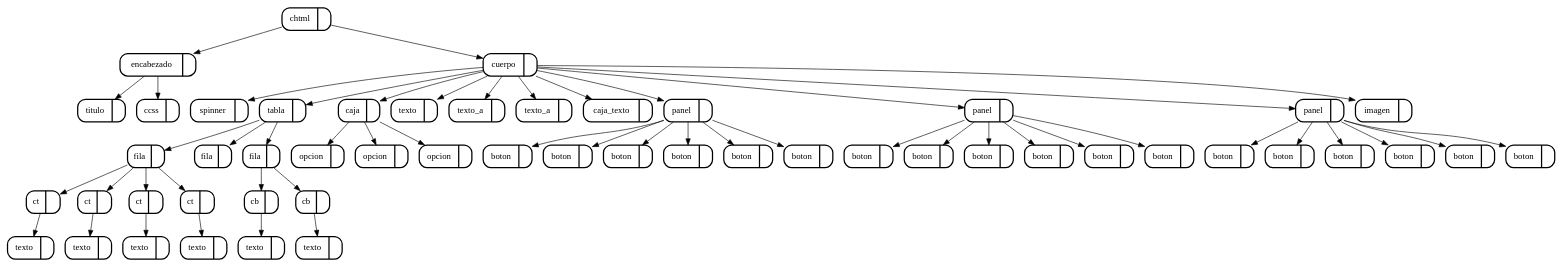
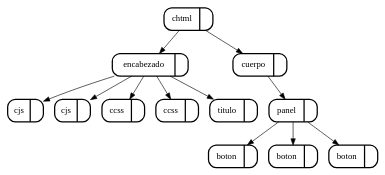
One commit to skrillfer/1s2018_CMP2P1 changed the diagram in USAC_WEB/Imagenes/arbol_dom.dot. Above: the diagram before and after it, drawn with Graphviz. The commit also changed 41 other files, not shown here.

```diff
--- a/USAC_WEB/Imagenes/arbol_dom.dot
+++ b/USAC_WEB/Imagenes/arbol_dom.dot
@@ -1,107 +1,27 @@
 digraph G {
 node[shape=Mrecord]
-137[label="chtml | ",style=bold]
-136[label="encabezado | ",style=bold]
-{137}->{136}
-2[label="titulo | ",style=bold]
-{136}->{2}
-6[label="ccss | ",style=bold]
-{136}->{6}
-134[label="cuerpo | ",style=bold]
-{137}->{134}
-10[label="spinner | ",style=bold]
-{134}->{10}
-28[label="tabla | ",style=bold]
-{134}->{28}
-27[label="fila | ",style=bold]
-{28}->{27}
-16[label="ct | ",style=bold]
-{27}->{16}
-15[label="texto | ",style=bold]
-{16}->{15}
-20[label="ct | ",style=bold]
-{27}->{20}
-19[label="texto | ",style=bold]
-{20}->{19}
-23[label="ct | ",style=bold]
-{27}->{23}
-22[label="texto | ",style=bold]
-{23}->{22}
-26[label="ct | ",style=bold]
-{27}->{26}
-25[label="texto | ",style=bold]
-{26}->{25}
-31[label="fila | ",style=bold]
-{28}->{31}
-40[label="fila | ",style=bold]
-{28}->{40}
-35[label="cb | ",style=bold]
-{40}->{35}
-34[label="texto | ",style=bold]
-{35}->{34}
-39[label="cb | ",style=bold]
-{40}->{39}
-38[label="texto | ",style=bold]
-{39}->{38}
-55[label="caja | ",style=bold]
-{134}->{55}
-47[label="opcion | ",style=bold]
-{55}->{47}
-51[label="opcion | ",style=bold]
-{55}->{51}
-54[label="opcion | ",style=bold]
-{55}->{54}
-60[label="texto | ",style=bold]
-{134}->{60}
-63[label="texto_a | ",style=bold]
-{134}->{63}
-66[label="texto_a | ",style=bold]
-{134}->{66}
-69[label="caja_texto | ",style=bold]
-{134}->{69}
-88[label="panel | ",style=bold]
-{134}->{88}
-76[label="boton | ",style=bold]
-{88}->{76}
-79[label="boton | ",style=bold]
-{88}->{79}
-81[label="boton | ",style=bold]
-{88}->{81}
-83[label="boton | ",style=bold]
-{88}->{83}
-85[label="boton | ",style=bold]
-{88}->{85}
-87[label="boton | ",style=bold]
-{88}->{87}
-107[label="panel | ",style=bold]
-{134}->{107}
-95[label="boton | ",style=bold]
-{107}->{95}
-98[label="boton | ",style=bold]
-{107}->{98}
-100[label="boton | ",style=bold]
-{107}->{100}
-102[label="boton | ",style=bold]
-{107}->{102}
-104[label="boton | ",style=bold]
-{107}->{104}
-106[label="boton | ",style=bold]
-{107}->{106}
-126[label="panel | ",style=bold]
-{134}->{126}
-114[label="boton | ",style=bold]
-{126}->{114}
-117[label="boton | ",style=bold]
-{126}->{117}
-119[label="boton | ",style=bold]
-{126}->{119}
-121[label="boton | ",style=bold]
-{126}->{121}
-123[label="boton | ",style=bold]
-{126}->{123}
-125[label="boton | ",style=bold]
-{126}->{125}
-132[label="imagen | ",style=bold]
-{134}->{132}
+48[label="chtml | ",style=bold]
+47[label="encabezado | ",style=bold]
+{48}->{47}
+3[label="cjs | ",style=bold]
+{47}->{3}
+7[label="cjs | ",style=bold]
+{47}->{7}
+10[label="ccss | ",style=bold]
+{47}->{10}
+13[label="ccss | ",style=bold]
+{47}->{13}
+15[label="titulo | ",style=bold]
+{47}->{15}
+45[label="cuerpo | ",style=bold]
+{48}->{45}
+42[label="panel | ",style=bold]
+{45}->{42}
+28[label="boton | ",style=bold]
+{42}->{28}
+35[label="boton | ",style=bold]
+{42}->{35}
+41[label="boton | ",style=bold]
+{42}->{41}
 
 }
```
